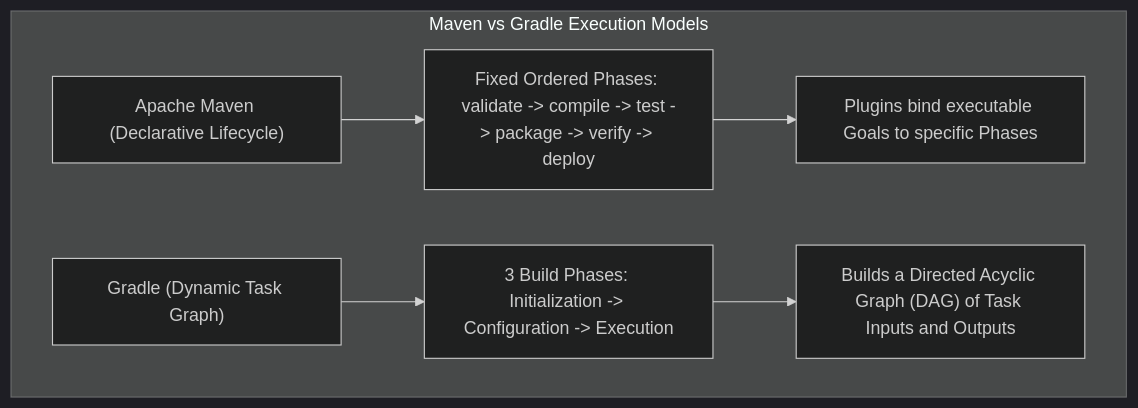
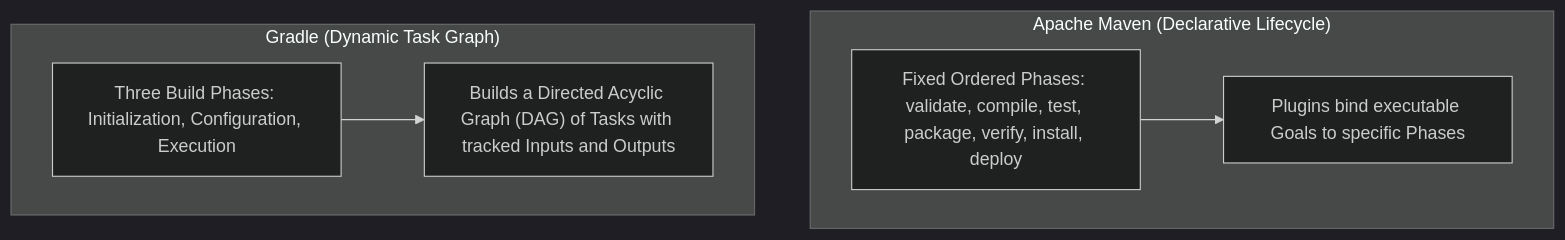
One commit to ravishankar2463/java_hub changed the first of 5 diagrams in content/roadmap/level-8/build-tools.md. Above: the diagram before and after it, drawn with Mermaid (dark theme). The commit also changed other lines of this file and 119 other files, not shown here.

Commit message:
feat: add comprehensive java learning roadmap content across multiple levels

````diff
--- a/content/roadmap/level-8/build-tools.md
+++ b/content/roadmap/level-8/build-tools.md
@@ -20,10 +18,14 @@
 ```mermaid
 flowchart TD
-    subgraph "Maven vs Gradle Execution Models"
-        M["Apache Maven (Declarative Lifecycle)"] --> M1["Fixed Ordered Phases: validate -> compile -> test -> package -> verify -> deploy"]
-        M1 --> M2["Plugins bind executable Goals to specific Phases"]
-        
-        G["Gradle (Dynamic Task Graph)"] --> G1["3 Build Phases: Initialization -> Configuration -> Execution"]
-        G1 --> G2["Builds a Directed Acyclic Graph (DAG) of Task Inputs and Outputs"]
+    subgraph MavenFlow["Apache Maven (Declarative Lifecycle)"]
+        M1["Fixed Ordered Phases: validate, compile, test, package, verify, install, deploy"]
+        M2["Plugins bind executable Goals to specific Phases"]
+        M1 --> M2
+    end
+
+    subgraph GradleFlow["Gradle (Dynamic Task Graph)"]
+        G1["Three Build Phases: Initialization, Configuration, Execution"]
+        G2["Builds a Directed Acyclic Graph (DAG) of Tasks with tracked Inputs and Outputs"]
+        G1 --> G2
     end
 ```
````
